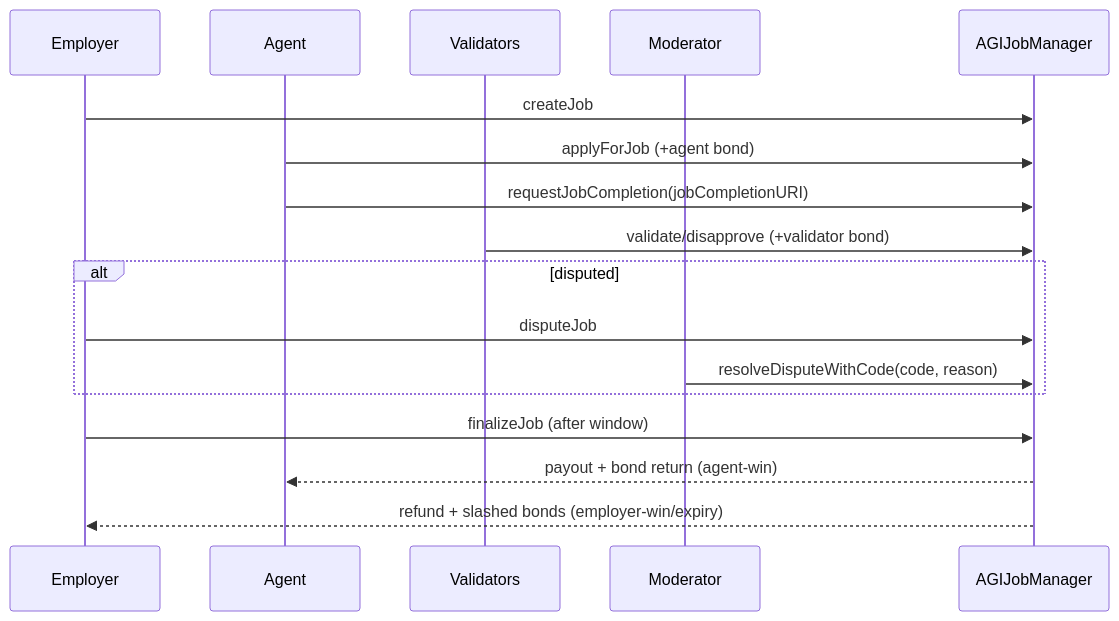
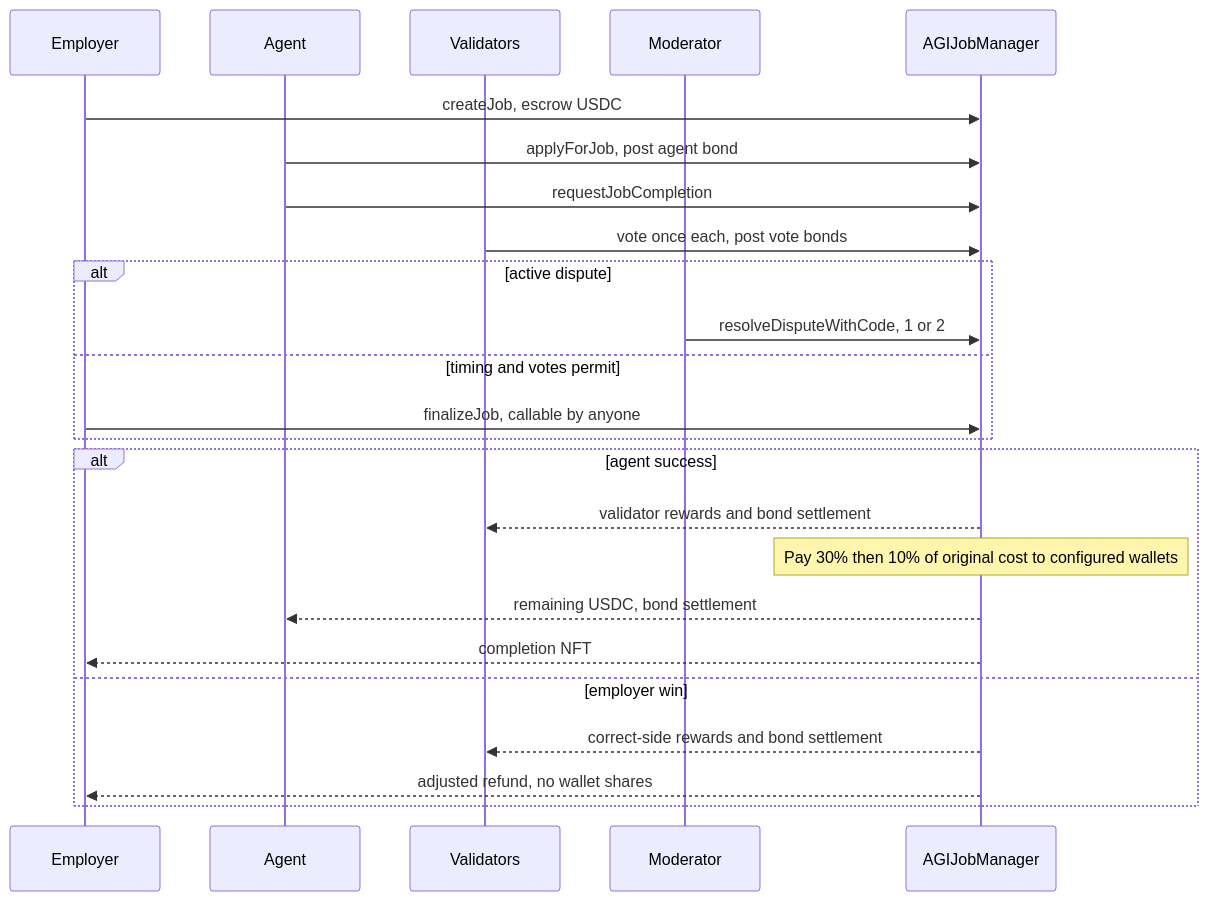
Before and after one commit to MontrealAI/AGIJobManager: the second of 2 diagrams in docs/CONTRACTS/AGIJobManager.md, drawn with Mermaid. The commit also changed other lines of this file and 132 other files, not shown here.

````diff
--- a/docs/CONTRACTS/AGIJobManager.md
+++ b/docs/CONTRACTS/AGIJobManager.md
@@ -41,20 +47,27 @@
 ```mermaid
 sequenceDiagram
   participant E as Employer
   participant A as Agent
   participant V as Validators
   participant M as Moderator
   participant C as AGIJobManager
 
-  E->>C: createJob
-  A->>C: applyForJob (+agent bond)
-  A->>C: requestJobCompletion(jobCompletionURI)
-  V->>C: validate/disapprove (+validator bond)
-  alt disputed
-    E->>C: disputeJob
-    M->>C: resolveDisputeWithCode(code, reason)
+  E->>C: createJob, escrow USDC
+  A->>C: applyForJob, post agent bond
+  A->>C: requestJobCompletion
+  V->>C: vote once each, post vote bonds
+  alt active dispute
+    M->>C: resolveDisputeWithCode, 1 or 2
+  else timing and votes permit
+    E->>C: finalizeJob, callable by anyone
   end
-  E->>C: finalizeJob (after window)
-  C-->>A: payout + bond return (agent-win)
-  C-->>E: refund + slashed bonds (employer-win/expiry)
+  alt agent success
+    C-->>V: validator rewards and bond settlement
+    Note over C: Pay 30% then 10% of original cost to configured wallets
+    C-->>A: remaining USDC, bond settlement
+    C-->>E: completion NFT
+  else employer win
+    C-->>V: correct-side rewards and bond settlement
+    C-->>E: adjusted refund, no wallet shares
+  end
 ```
````
